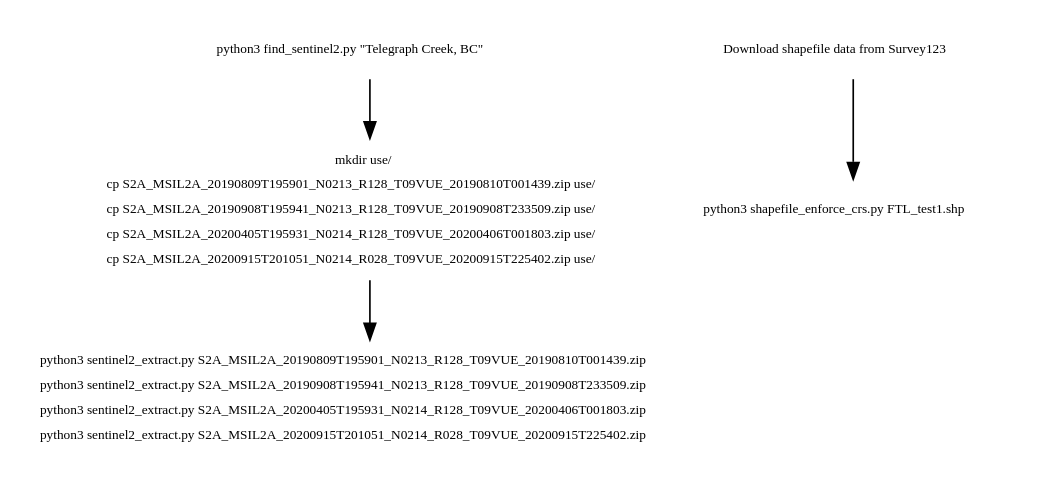
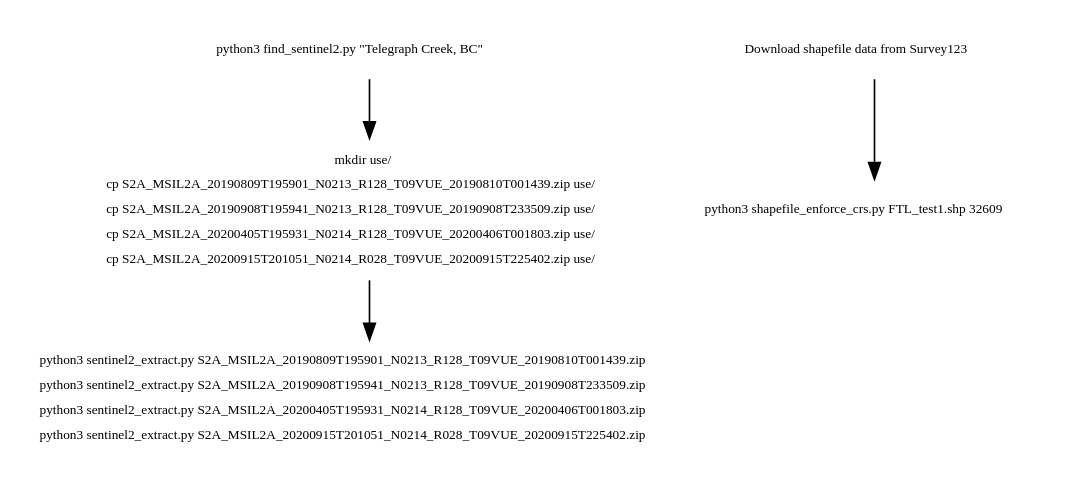
One commit to bcgov/wps-research changed the diagram in py/extract/example.dot. Above: the diagram before and after it, drawn with Graphviz.

```diff
--- a/py/extract/example.dot
+++ b/py/extract/example.dot
@@ -1,59 +1,59 @@
 digraph D {
 node [shape=plaintext fontname="Sans serif" fontsize="8"];
 
 task_1 [
 shape = plaintext
 label=<
 <table border='0' cellborder='0'>
   <tr><td>python3 find_sentinel2.py "Telegraph Creek, BC"</td></tr>
 </table> >];  
 
 
 task_2 [
 shape = plaintext
 label=<
 <table border='0' cellborder='0'>
   <tr><td>mkdir use/</td></tr>
   <tr><td>cp S2A_MSIL2A_20190809T195901_N0213_R128_T09VUE_20190810T001439.zip use/</td></tr>
   <tr><td>cp S2A_MSIL2A_20190908T195941_N0213_R128_T09VUE_20190908T233509.zip use/</td></tr>
   <tr><td>cp S2A_MSIL2A_20200405T195931_N0214_R128_T09VUE_20200406T001803.zip use/</td></tr>
   <tr><td>cp S2A_MSIL2A_20200915T201051_N0214_R028_T09VUE_20200915T225402.zip use/</td></tr>
 </table> >];
 
 
 task_3 [
 shape = plaintext
 label=<
 <table border='0' cellborder='0'>
 <tr><td>python3 sentinel2_extract.py S2A_MSIL2A_20190809T195901_N0213_R128_T09VUE_20190810T001439.zip</td></tr>
 <tr><td>python3 sentinel2_extract.py S2A_MSIL2A_20190908T195941_N0213_R128_T09VUE_20190908T233509.zip</td></tr>
 <tr><td>python3 sentinel2_extract.py S2A_MSIL2A_20200405T195931_N0214_R128_T09VUE_20200406T001803.zip</td></tr>
 <tr><td>python3 sentinel2_extract.py S2A_MSIL2A_20200915T201051_N0214_R028_T09VUE_20200915T225402.zip</td></tr>
 </table> >];
 
 
 
 
 task_4 [
 shape = plaintext
 label=<
 <table border='0' cellborder='0'>
 <tr><td>Download shapefile data from Survey123</td></tr>
 </table> >];
 
 
 task_5 [
 shape = plaintext
 label=<
 <table border='0' cellborder='0'>
-<tr><td>python3 shapefile_enforce_crs.py FTL_test1.shp</td></tr>
+<tr><td>python3 shapefile_enforce_crs.py FTL_test1.shp 32609</td></tr>
 </table> >];
 
 
 
 
 task_1 -> task_2;
 task_2 -> task_3;
 task_4 -> task_5;
 
 }
```
